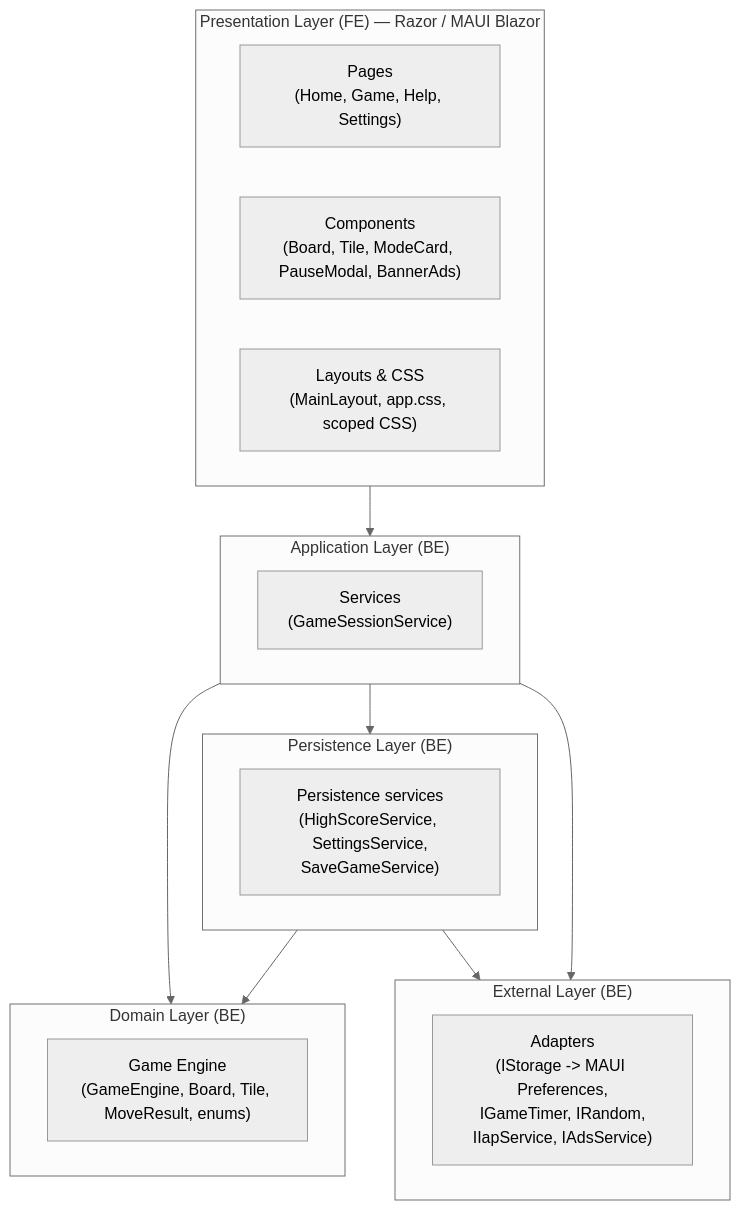
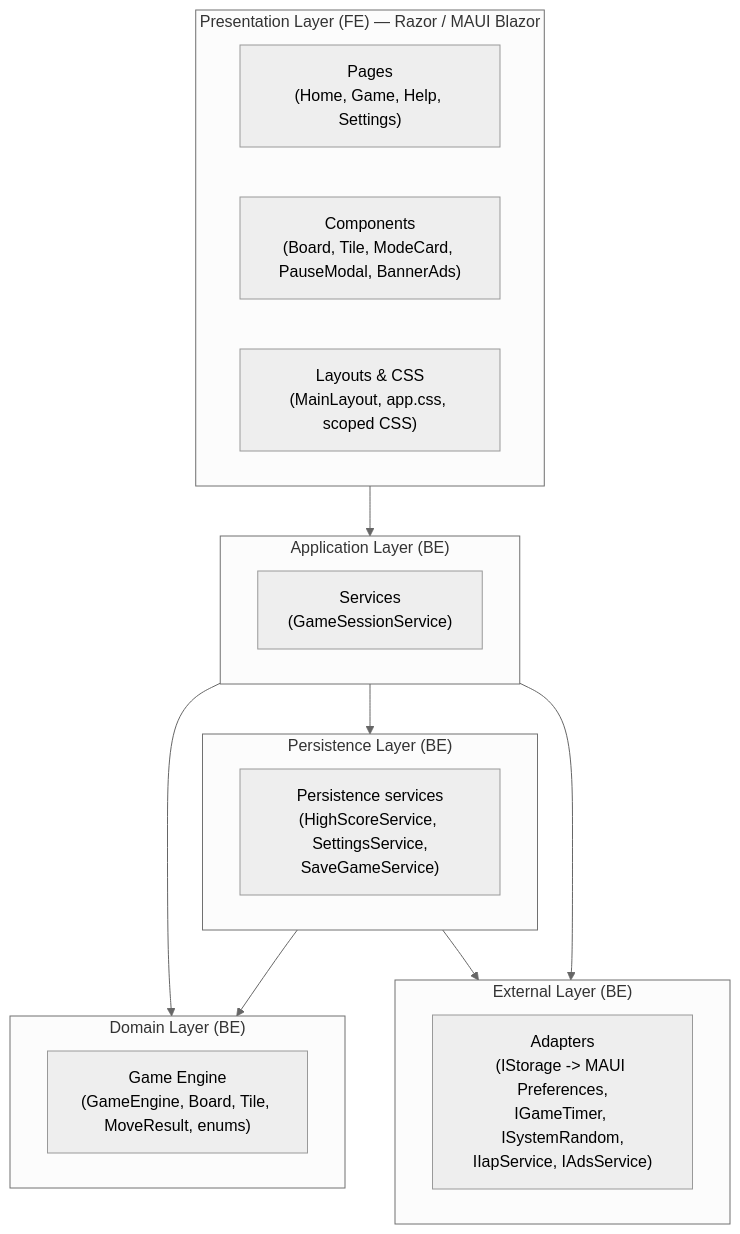
The first of 9 diagrams in Docs/software_design.md (LeThaiAn15112004/2048-Infinity-Merge), drawn with Mermaid (neutral theme) before and after one commit. The commit also changed other lines of this file and 6 other files, not shown here.

First line of the commit message:
Domain: game timer, random naming, board spawn and docs sync.

````diff
--- a/Docs/software_design.md
+++ b/Docs/software_design.md
@@ -76,31 +76,31 @@
 ```mermaid
 flowchart TB
     subgraph Presentation["Presentation Layer (FE) — Razor / MAUI Blazor"]
         UI_Pages["Pages<br/>(Home, Game, Help, Settings)"]
         UI_Comp["Components<br/>(Board, Tile, ModeCard, PauseModal, BannerAds)"]
         UI_Layout["Layouts & CSS<br/>(MainLayout, app.css, scoped CSS)"]
     end
 
     subgraph Application["Application Layer (BE)"]
         AppSvc["Services<br/>(GameSessionService)"]
     end
 
     subgraph Domain["Domain Layer (BE)"]
         DomainCore["Game Engine<br/>(GameEngine, Board, Tile, MoveResult, enums)"]
     end
 
     subgraph Persistence["Persistence Layer (BE)"]
         Persist["Persistence services<br/>(HighScoreService, SettingsService,<br/>SaveGameService)"]
     end
 
     subgraph External["External Layer (BE)"]
-        Infra["Adapters<br/>(IStorage -> MAUI Preferences,<br/>IGameTimer, IRandom,<br/>IIapService, IAdsService)"]
+        Infra["Adapters<br/>(IStorage -> MAUI Preferences,<br/>IGameTimer, ISystemRandom,<br/>IIapService, IAdsService)"]
     end
 
     Presentation --> Application
     Application --> Domain
     Application --> Persistence
     Persistence --> Domain
     Persistence --> External
     Application --> External
 ```
````
